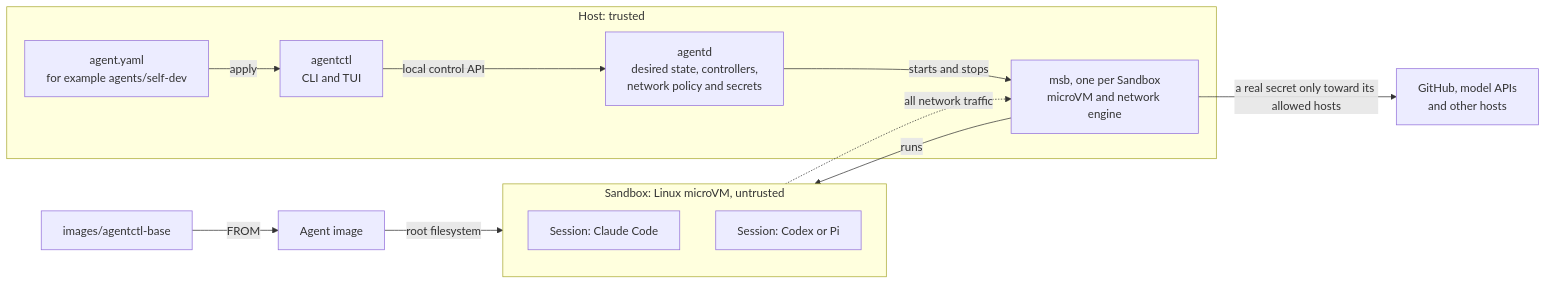
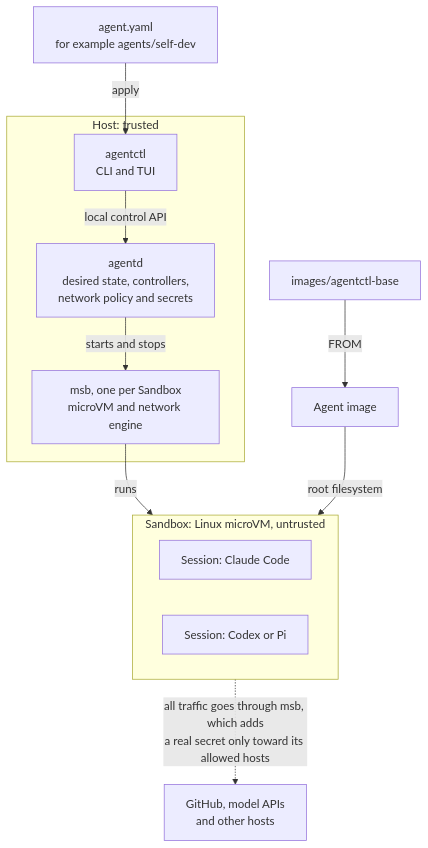
The diagram in README.md (digdir/digdir-agents), drawn with Mermaid before and after one commit.

Commit message:
docs: lay out the README diagram top to bottom

````diff
--- a/README.md
+++ b/README.md
@@ -13,24 +13,24 @@
 ```mermaid
-flowchart LR
-  base["images/agentctl-base"] -->|FROM| image["Agent image"]
+flowchart TB
+  manifest["agent.yaml<br/>for example agents/self-dev"]
+  base["images/agentctl-base"]
 
   subgraph host["Host: trusted"]
-    manifest["agent.yaml<br/>for example agents/self-dev"]
     agentctl["agentctl<br/>CLI and TUI"]
     agentd["agentd<br/>desired state, controllers,<br/>network policy and secrets"]
     msb["msb, one per Sandbox<br/>microVM and network engine"]
   end
 
   subgraph sandbox["Sandbox: Linux microVM, untrusted"]
     s1["Session: Claude Code"]
     s2["Session: Codex or Pi"]
   end
 
   manifest -->|apply| agentctl
   agentctl -->|local control API| agentd
   agentd -->|starts and stops| msb
   msb -->|runs| sandbox
+  base -->|FROM| image["Agent image"]
   image -->|root filesystem| sandbox
-  sandbox -.->|all network traffic| msb
-  msb -->|"a real secret only toward its allowed hosts"| net["GitHub, model APIs<br/>and other hosts"]
+  sandbox -.->|"all traffic goes through msb, which adds<br/>a real secret only toward its allowed hosts"| net["GitHub, model APIs<br/>and other hosts"]
 ```
````
